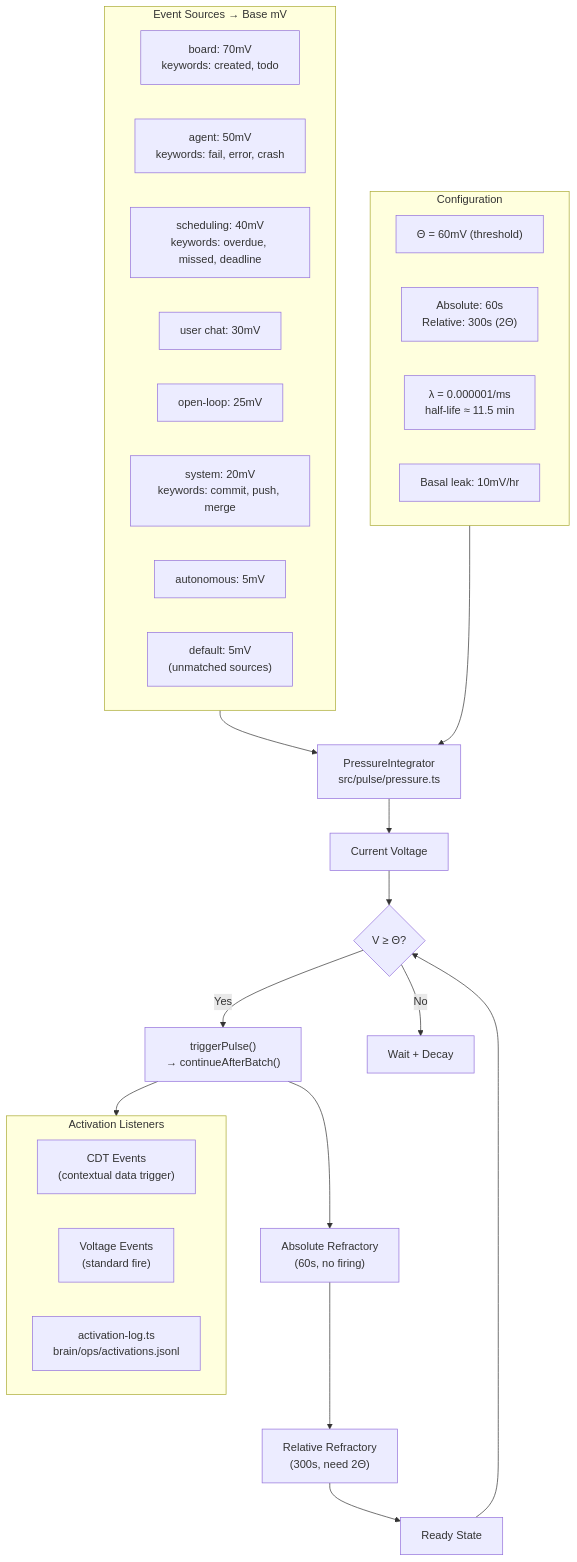
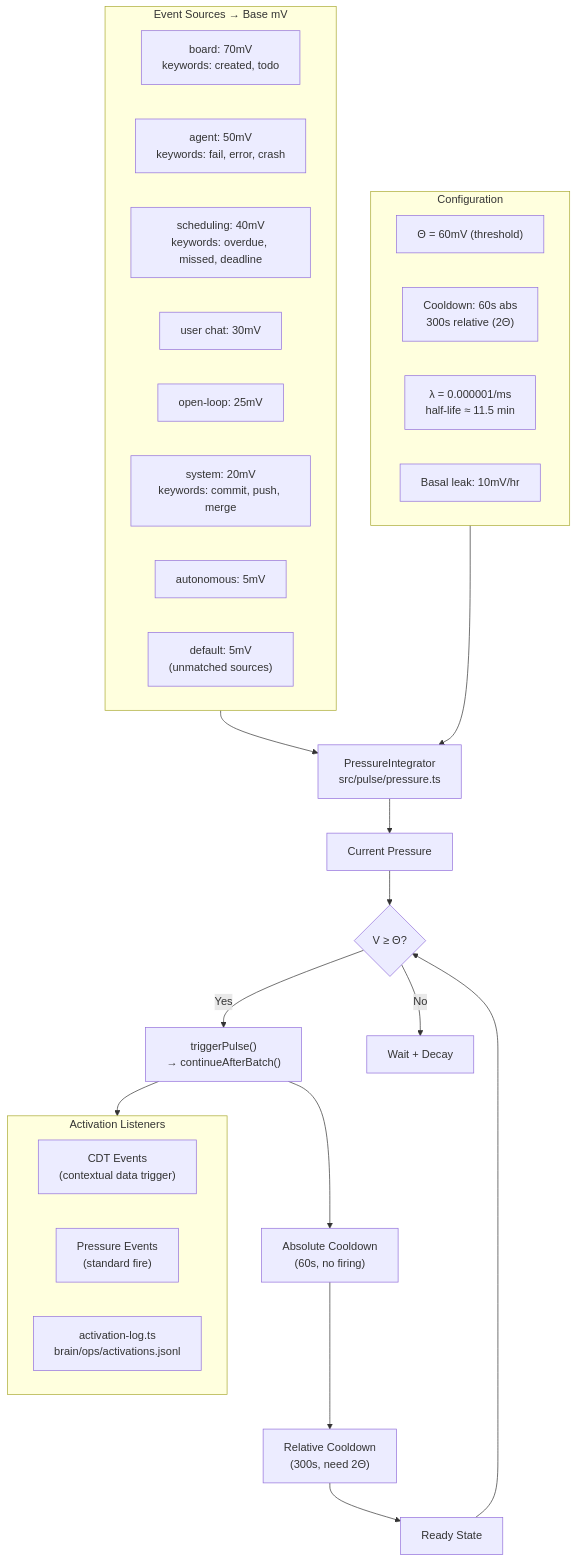
Before and after one commit to XDM-ZSBW/runcore: the fourth of 10 diagrams in docs/diagrams/architecture-private.md, drawn with Mermaid. The commit also changed other lines of this file and 3 other files, not shown here.

First line of the commit message:
Plain language: README, architecture diagrams, whitepaper location

````diff
--- a/docs/diagrams/architecture-private.md
+++ b/docs/diagrams/architecture-private.md
@@ -177,41 +177,41 @@
 ```mermaid
 flowchart TD
     subgraph Sources["Event Sources → Base mV"]
         Board["board: 70mV<br/>keywords: created, todo"]
         Agent["agent: 50mV<br/>keywords: fail, error, crash"]
         Schedule["scheduling: 40mV<br/>keywords: overdue, missed, deadline"]
         UserChat["user chat: 30mV"]
         OpenLoop["open-loop: 25mV"]
         System["system: 20mV<br/>keywords: commit, push, merge"]
         Autonomous["autonomous: 5mV"]
         Default["default: 5mV<br/>(unmatched sources)"]
     end
 
     Sources --> Integrator["PressureIntegrator<br/>src/pulse/pressure.ts"]
 
     subgraph Config["Configuration"]
         Theta["Θ = 60mV (threshold)"]
-        Refractory["Absolute: 60s<br/>Relative: 300s (2Θ)"]
+        CooldownCfg["Cooldown: 60s abs<br/>300s relative (2Θ)"]
         DecayRate["λ = 0.000001/ms<br/>half-life ≈ 11.5 min"]
         Basal["Basal leak: 10mV/hr"]
     end
 
     Config --> Integrator
-    Integrator --> Voltage["Current Voltage"]
-    Voltage --> Check{"V ≥ Θ?"}
+    Integrator --> Pressure["Current Pressure"]
+    Pressure --> Check{"V ≥ Θ?"}
     Check -->|Yes| Fire["triggerPulse()<br/>→ continueAfterBatch()"]
     Check -->|No| Accumulate["Wait + Decay"]
 
-    Fire --> AbsRef["Absolute Refractory<br/>(60s, no firing)"]
-    AbsRef --> RelRef["Relative Refractory<br/>(300s, need 2Θ)"]
-    RelRef --> Ready["Ready State"]
+    Fire --> AbsCooldown["Absolute Cooldown<br/>(60s, no firing)"]
+    AbsCooldown --> RelCooldown["Relative Cooldown<br/>(300s, need 2Θ)"]
+    RelCooldown --> Ready["Ready State"]
     Ready --> Check
 
     subgraph Listeners["Activation Listeners"]
         CDT["CDT Events<br/>(contextual data trigger)"]
-        VoltageEvt["Voltage Events<br/>(standard fire)"]
+        PressureEvt["Pressure Events<br/>(standard fire)"]
         ActivationLog["activation-log.ts<br/>brain/ops/activations.jsonl"]
     end
 
     Fire --> Listeners
 ```
````
